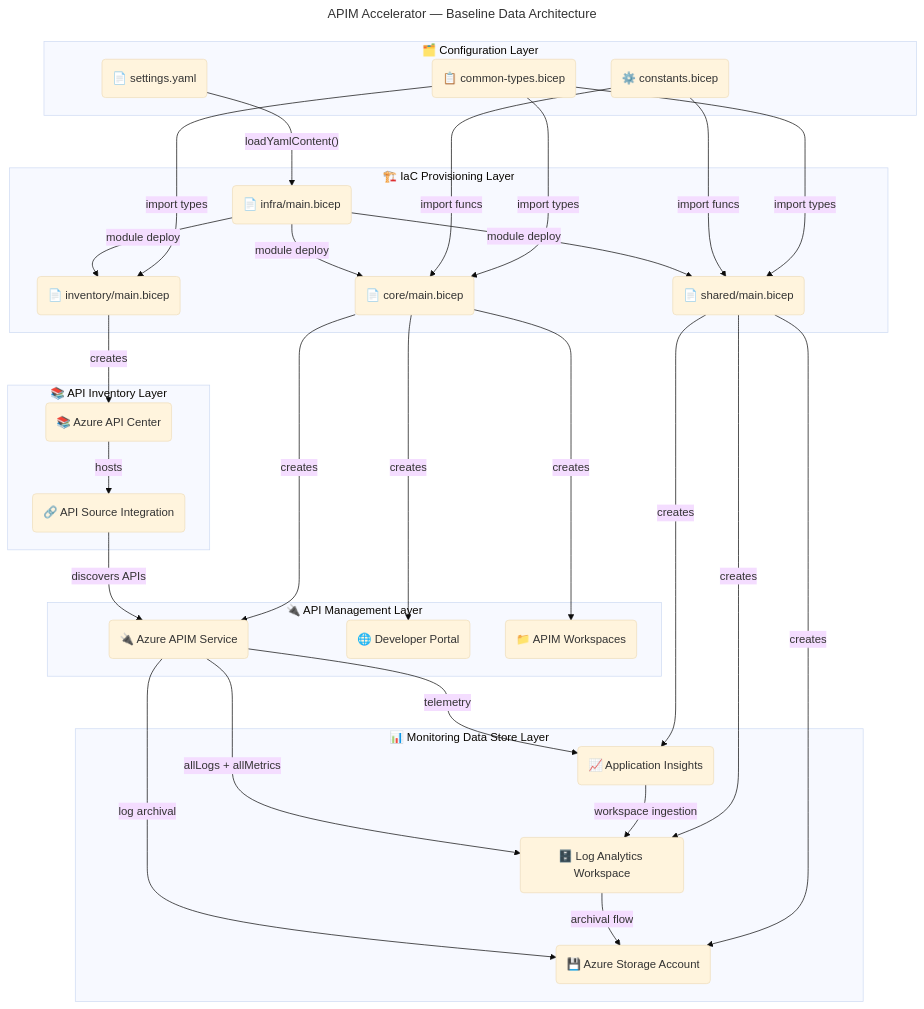
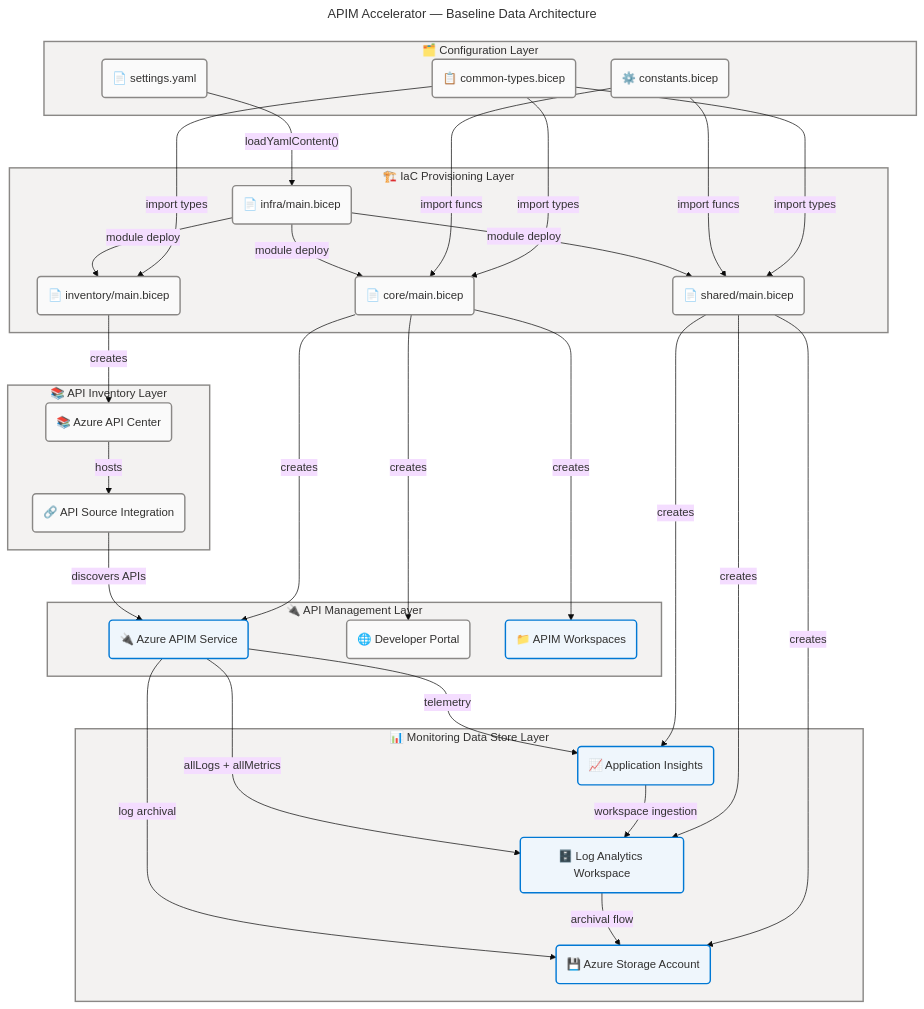
One commit to Evilazaro/APIM-Accelerator changed the second of 4 diagrams in docs/architecture/data-architecture.md. Above: the diagram before and after it, drawn with Mermaid. The commit also changed other lines of this file, not shown here.

Commit message:
style: enhance flowchart governance with Azure/Fluent architecture pattern v2.0, adding semantic classes and accessibility features

````diff
--- a/docs/architecture/data-architecture.md
+++ b/docs/architecture/data-architecture.md
@@ -290,6 +311,17 @@
 flowchart TB
     accTitle: APIM Accelerator Baseline Data Architecture
     accDescr: Current state data topology showing configuration layer, IaC provisioning layer, monitoring data stores, and API inventory layer with all data flows between components
+
+    %% ═══════════════════════════════════════════════════════════════════════════
+    %% AZURE / FLUENT ARCHITECTURE PATTERN v2.0
+    %% (Semantic + Structural + Font + Accessibility Governance)
+    %% ═══════════════════════════════════════════════════════════════════════════
+    %% PHASE 1 - FLUENT UI: All styling uses approved Fluent UI palette only
+    %% PHASE 2 - GROUPS: Every subgraph has semantic color via style directive
+    %% PHASE 3 - COMPONENTS: Every node has semantic classDef + icon prefix
+    %% PHASE 4 - ACCESSIBILITY: accTitle/accDescr present, WCAG AA contrast
+    %% PHASE 5 - STANDARD: Governance block present, classDefs centralized
+    %% ═══════════════════════════════════════════════════════════════════════════
 
 
 
@@ -347,5 +379,16 @@
     APICENTER -->|"hosts"| APISOURCE
     APISOURCE -->|"discovers APIs"| APIM
 
+    classDef neutral fill:#FAFAFA,stroke:#8A8886,stroke-width:2px,color:#323130
+    classDef core fill:#EFF6FC,stroke:#0078D4,stroke-width:2px,color:#323130
+    classDef success fill:#DFF6DD,stroke:#107C10,stroke-width:2px,color:#323130
+    classDef warning fill:#FFF4CE,stroke:#FFB900,stroke-width:2px,color:#323130
+    classDef danger fill:#FDE7E9,stroke:#D13438,stroke-width:2px,color:#323130
+
+    style cfglayer fill:#F3F2F1,stroke:#8A8886,stroke-width:2px,color:#323130
+    style iaclayer fill:#F3F2F1,stroke:#8A8886,stroke-width:2px,color:#323130
+    style monitorlayer fill:#F3F2F1,stroke:#8A8886,stroke-width:2px,color:#323130
+    style apimLayer fill:#F3F2F1,stroke:#8A8886,stroke-width:2px,color:#323130
+    style inventorylayer fill:#F3F2F1,stroke:#8A8886,stroke-width:2px,color:#323130
 
 ```
````
